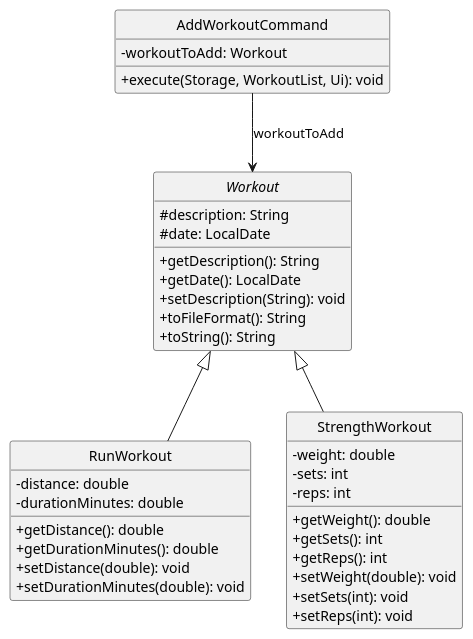
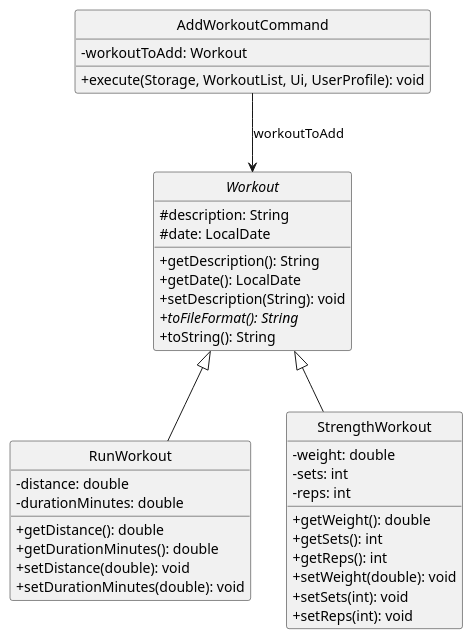
The diagram in docs/diagrams/AddWorkoutClassDiagram.puml (Daniel-czj/tp), drawn with PlantUML before and after one commit. The commit also changed 12 other files, not shown here.

```diff
--- a/docs/diagrams/AddWorkoutClassDiagram.puml
+++ b/docs/diagrams/AddWorkoutClassDiagram.puml
@@ -1,44 +1,44 @@
 @startuml
 hide circle
 skinparam classAttributeIconSize 0
 
 abstract class Workout {
     # description: String
     # date: LocalDate
     + getDescription(): String
     + getDate(): LocalDate
     + setDescription(String): void
-    + toFileFormat(): String
+    + {abstract} toFileFormat(): String
     + toString(): String
 }
 
 class RunWorkout {
     - distance: double
     - durationMinutes: double
     + getDistance(): double
     + getDurationMinutes(): double
     + setDistance(double): void
     + setDurationMinutes(double): void
 }
 
 class StrengthWorkout {
     - weight: double
     - sets: int
     - reps: int
     + getWeight(): double
     + getSets(): int
     + getReps(): int
     + setWeight(double): void
     + setSets(int): void
     + setReps(int): void
 }
 
 class AddWorkoutCommand {
     - workoutToAdd: Workout
-    + execute(Storage, WorkoutList, Ui): void
+    + execute(Storage, WorkoutList, Ui, UserProfile): void
 }
 
 Workout <|-- RunWorkout
 Workout <|-- StrengthWorkout
 AddWorkoutCommand --> Workout : workoutToAdd
 @enduml
```
